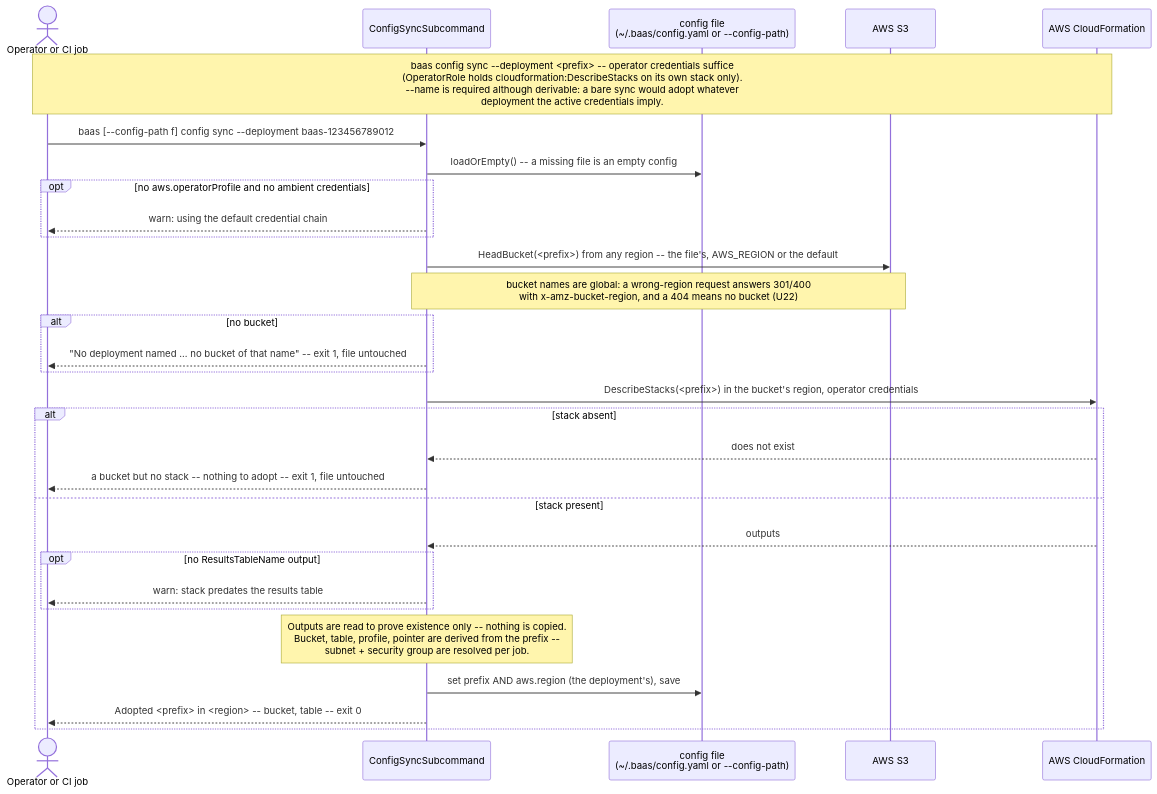
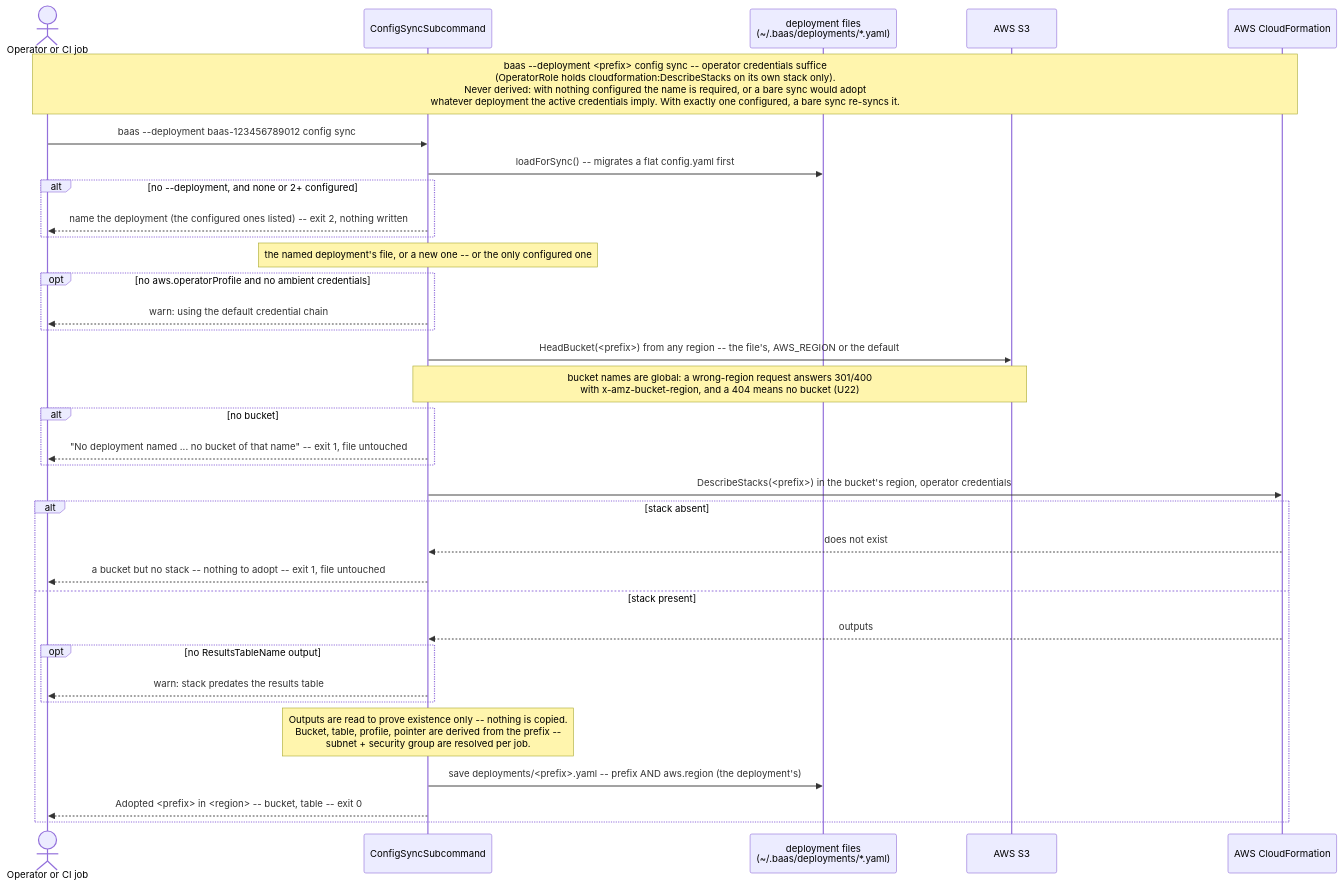
Before and after one commit to wsztajerowski/benchmark-as-a-service: the diagram in docs/diagrams/baas-config-sync.mmd, drawn with Mermaid. The commit also changed 17 other files, not shown here.

```diff
--- a/docs/diagrams/baas-config-sync.mmd
+++ b/docs/diagrams/baas-config-sync.mmd
@@ -1,31 +1,35 @@
 sequenceDiagram
     actor User as Operator or CI job
     participant CS as ConfigSyncSubcommand
-    participant CFG as config file<br/>(~/.baas/config.yaml or --config-path)
+    participant CFG as deployment files<br/>(~/.baas/deployments/*.yaml)
     participant S3 as AWS S3
     participant CF as AWS CloudFormation
 
-    Note over User,CF: baas config sync --deployment <prefix> -- operator credentials suffice<br/>(OperatorRole holds cloudformation:DescribeStacks on its own stack only).<br/>--name is required although derivable: a bare sync would adopt whatever<br/>deployment the active credentials imply.
-    User->>CS: baas [--config-path f] config sync --deployment baas-123456789012
-    CS->>CFG: loadOrEmpty() -- a missing file is an empty config
+    Note over User,CF: baas --deployment <prefix> config sync -- operator credentials suffice<br/>(OperatorRole holds cloudformation:DescribeStacks on its own stack only).<br/>Never derived: with nothing configured the name is required, or a bare sync would adopt<br/>whatever deployment the active credentials imply. With exactly one configured, a bare sync re-syncs it.
+    User->>CS: baas --deployment baas-123456789012 config sync
+    CS->>CFG: loadForSync() -- migrates a flat config.yaml first
+    alt no --deployment, and none or 2+ configured
+        CS-->>User: name the deployment (the configured ones listed) -- exit 2, nothing written
+    end
+    Note over CS: the named deployment's file, or a new one -- or the only configured one
     opt no aws.operatorProfile and no ambient credentials
         CS-->>User: warn: using the default credential chain
     end
     CS->>S3: HeadBucket(<prefix>) from any region -- the file's, AWS_REGION or the default
     Note over CS,S3: bucket names are global: a wrong-region request answers 301/400<br/>with x-amz-bucket-region, and a 404 means no bucket (U22)
     alt no bucket
         CS-->>User: "No deployment named ... no bucket of that name" -- exit 1, file untouched
     end
     CS->>CF: DescribeStacks(<prefix>) in the bucket's region, operator credentials
     alt stack absent
         CF-->>CS: does not exist
         CS-->>User: a bucket but no stack -- nothing to adopt -- exit 1, file untouched
     else stack present
         CF-->>CS: outputs
         opt no ResultsTableName output
             CS-->>User: warn: stack predates the results table
         end
         Note over CS: Outputs are read to prove existence only -- nothing is copied.<br/>Bucket, table, profile, pointer are derived from the prefix --<br/>subnet + security group are resolved per job.
-        CS->>CFG: set prefix AND aws.region (the deployment's), save
+        CS->>CFG: save deployments/<prefix>.yaml -- prefix AND aws.region (the deployment's)
         CS-->>User: Adopted <prefix> in <region> -- bucket, table -- exit 0
     end
```
